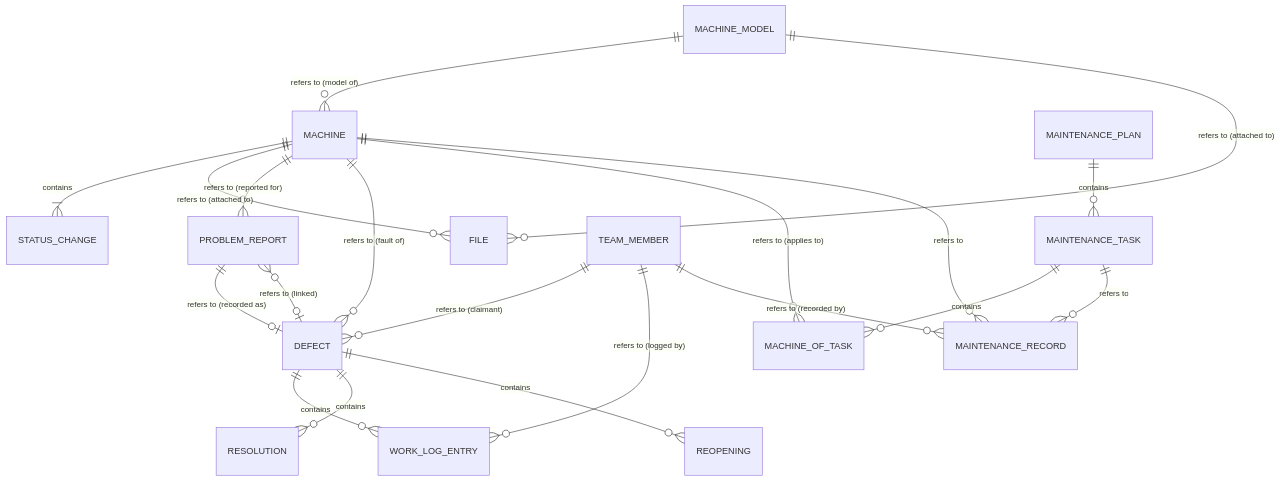
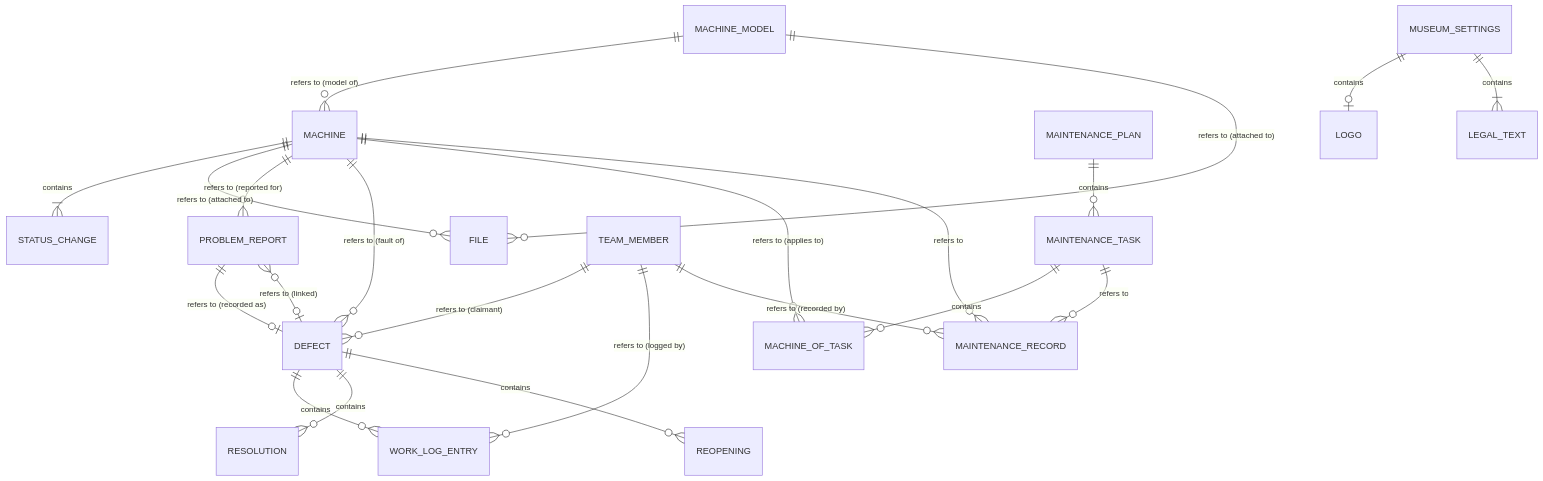
Before and after one commit to hemi1986/laguardia: the first of 10 diagrams in docs/architecture/data-model.md, drawn with Mermaid. The commit also changed other lines of this file and 14 other files, not shown here.

First line of the commit message:
Discovery for the museum's welcome page: museum settings, ADR 0013, ST-100–ST-103 ready

````diff
--- a/docs/architecture/data-model.md
+++ b/docs/architecture/data-model.md
@@ -43,22 +45,24 @@
 ```mermaid
 erDiagram
     MACHINE_MODEL ||--o{ MACHINE : "refers to (model of)"
     MACHINE ||--|{ STATUS_CHANGE : contains
     MACHINE_MODEL ||--o{ FILE : "refers to (attached to)"
     MACHINE ||--o{ FILE : "refers to (attached to)"
     MACHINE ||--o{ PROBLEM_REPORT : "refers to (reported for)"
     MACHINE ||--o{ DEFECT : "refers to (fault of)"
     PROBLEM_REPORT ||--o| DEFECT : "refers to (recorded as)"
     DEFECT |o--o{ PROBLEM_REPORT : "refers to (linked)"
     DEFECT ||--o{ WORK_LOG_ENTRY : contains
     DEFECT ||--o{ RESOLUTION : contains
     DEFECT ||--o{ REOPENING : contains
     MAINTENANCE_PLAN ||--o{ MAINTENANCE_TASK : contains
     MAINTENANCE_TASK ||--o{ MACHINE_OF_TASK : contains
     MACHINE ||--o{ MACHINE_OF_TASK : "refers to (applies to)"
     MAINTENANCE_TASK ||--o{ MAINTENANCE_RECORD : "refers to"
     MACHINE ||--o{ MAINTENANCE_RECORD : "refers to"
     TEAM_MEMBER ||--o{ DEFECT : "refers to (claimant)"
     TEAM_MEMBER ||--o{ WORK_LOG_ENTRY : "refers to (logged by)"
     TEAM_MEMBER ||--o{ MAINTENANCE_RECORD : "refers to (recorded by)"
+    MUSEUM_SETTINGS ||--o| LOGO : contains
+    MUSEUM_SETTINGS ||--|{ LEGAL_TEXT : contains
 ```
````
